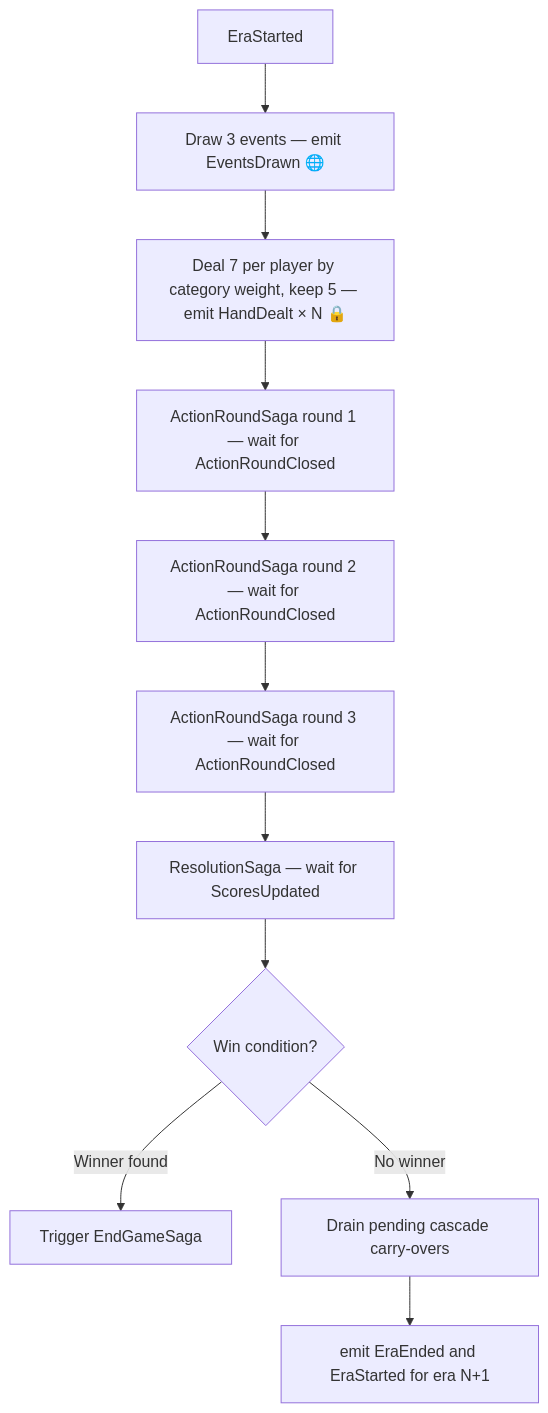
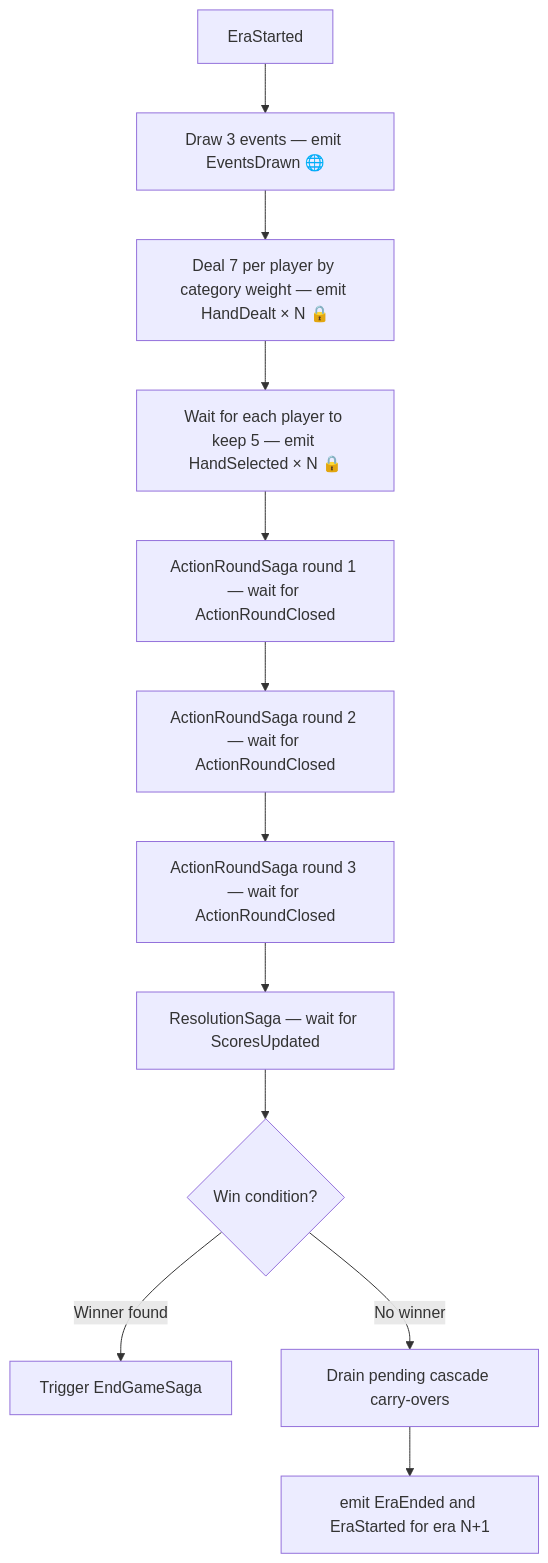
One commit to temporal-rift/docs changed the diagram in sagas/era.mdx. Above: the diagram before and after it, drawn with Mermaid. The commit also changed other lines of this file and 8 other files, not shown here.

````diff
--- a/sagas/era.mdx
+++ b/sagas/era.mdx
@@ -12,13 +12,14 @@
 ```mermaid
 flowchart TD
   A[EraStarted] --> B[Draw 3 events — emit EventsDrawn 🌐]
-  B --> C[Deal 7 per player by category weight, keep 5 — emit HandDealt × N 🔒]
-  C --> D[ActionRoundSaga round 1 — wait for ActionRoundClosed]
-  D --> E[ActionRoundSaga round 2 — wait for ActionRoundClosed]
-  E --> F[ActionRoundSaga round 3 — wait for ActionRoundClosed]
-  F --> G[ResolutionSaga — wait for ScoresUpdated]
-  G --> H{Win condition?}
-  H -->|Winner found| I[Trigger EndGameSaga]
-  H -->|No winner| J[Drain pending cascade carry-overs]
-  J --> K[emit EraEnded and EraStarted for era N+1]
+  B --> C[Deal 7 per player by category weight — emit HandDealt × N 🔒]
+  C --> D[Wait for each player to keep 5 — emit HandSelected × N 🔒]
+  D --> E[ActionRoundSaga round 1 — wait for ActionRoundClosed]
+  E --> F[ActionRoundSaga round 2 — wait for ActionRoundClosed]
+  F --> G[ActionRoundSaga round 3 — wait for ActionRoundClosed]
+  G --> H[ResolutionSaga — wait for ScoresUpdated]
+  H --> I{Win condition?}
+  I -->|Winner found| J[Trigger EndGameSaga]
+  I -->|No winner| K[Drain pending cascade carry-overs]
+  K --> L[emit EraEnded and EraStarted for era N+1]
 ```
````
